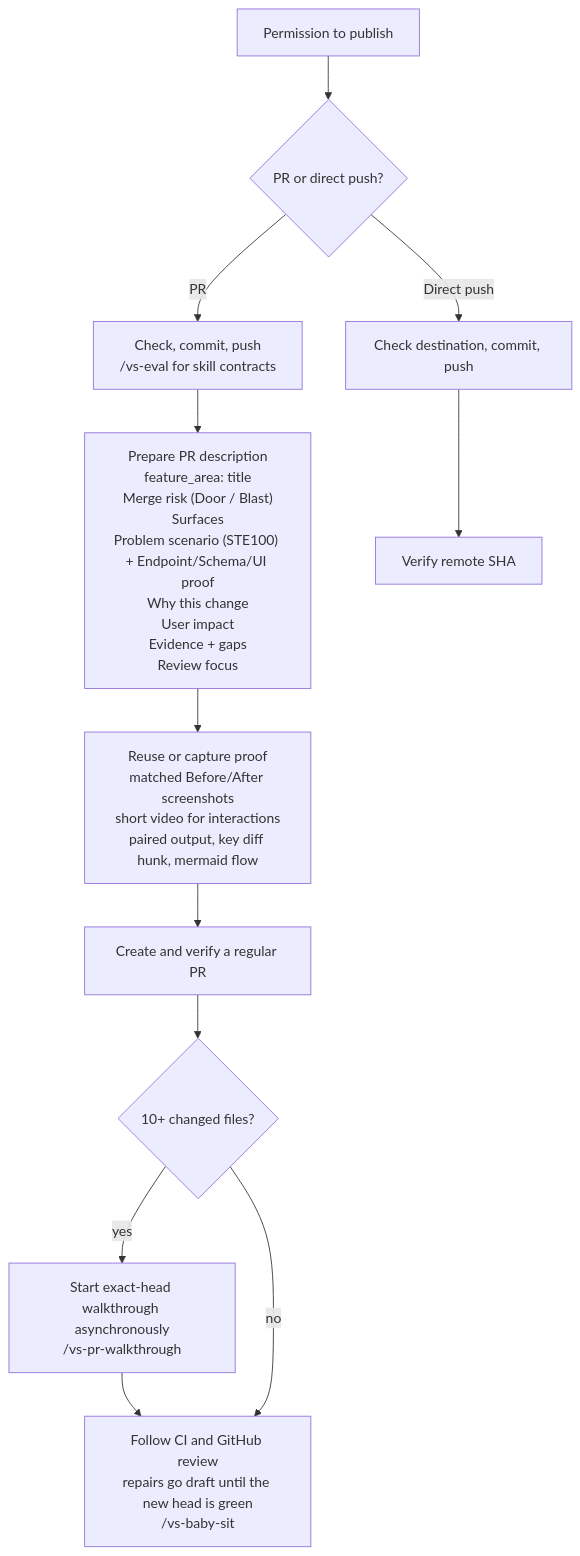
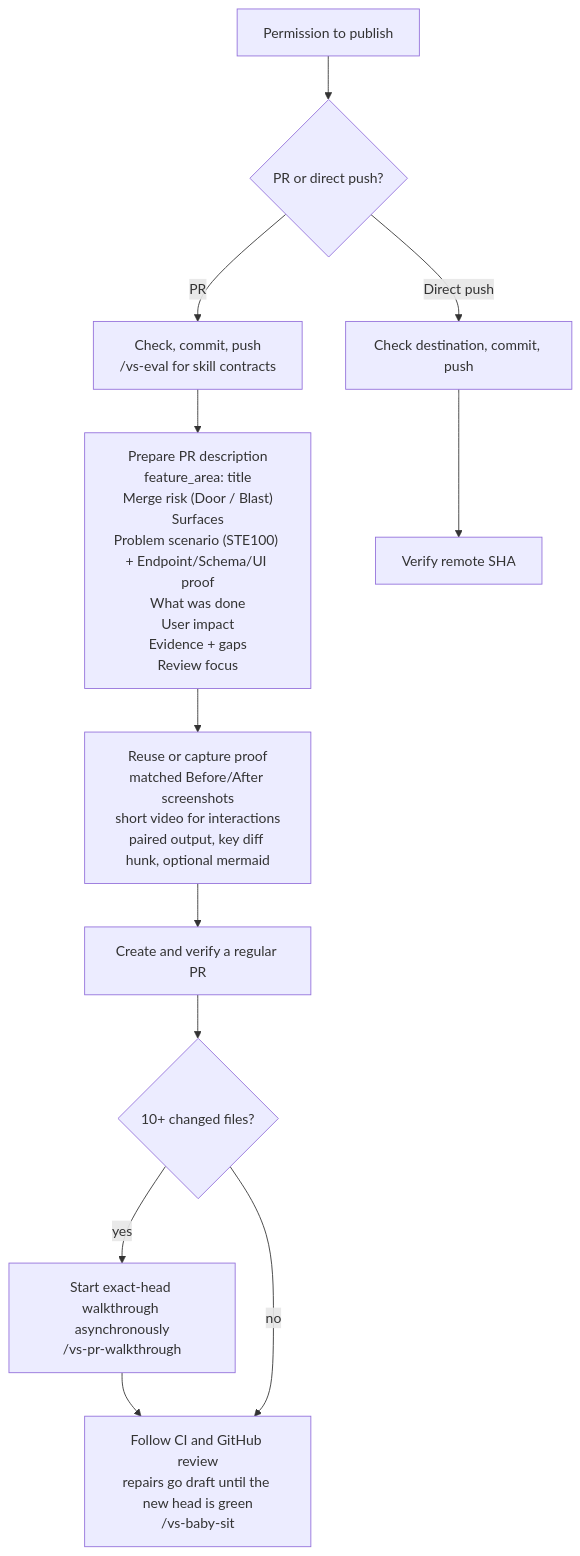
One commit to vltansky/vs changed the fourth of 4 diagrams in README.md. Above: the diagram before and after it, drawn with Mermaid. The commit also changed 3 other files, not shown here.

First line of the commit message:
feat(ship-it): What Was Done bullets, optional mermaid, alternatives, stale-base check (#82)

````diff
--- a/README.md
+++ b/README.md
@@ -102,11 +102,11 @@
 ```mermaid
 flowchart TD
     I[Permission to publish] --> D{PR or direct push?}
     D -- PR --> C["Check, commit, push<br/>/vs-eval for skill contracts"]
-    C --> B["Prepare PR description<br/>feature_area: title<br/>Merge risk (Door / Blast)<br/>Surfaces<br/>Problem scenario (STE100) + Endpoint/Schema/UI proof<br/>Why this change<br/>User impact<br/>Evidence + gaps<br/>Review focus"]
-    B --> M["Reuse or capture proof<br/>matched Before/After screenshots<br/>short video for interactions<br/>paired output, key diff hunk, mermaid flow"]
+    C --> B["Prepare PR description<br/>feature_area: title<br/>Merge risk (Door / Blast)<br/>Surfaces<br/>Problem scenario (STE100) + Endpoint/Schema/UI proof<br/>What was done<br/>User impact<br/>Evidence + gaps<br/>Review focus"]
+    B --> M["Reuse or capture proof<br/>matched Before/After screenshots<br/>short video for interactions<br/>paired output, key diff hunk, optional mermaid"]
     M --> O[Create and verify a regular PR] --> L{10+ changed files?}
     L -- yes --> T["Start exact-head walkthrough asynchronously<br/>/vs-pr-walkthrough"] --> W["Follow CI and GitHub review<br/>repairs go draft until the new head is green<br/>/vs-baby-sit"]
     L -- no --> W
     D -- Direct push --> F[Check destination, commit, push] --> S[Verify remote SHA]
 ```
````
